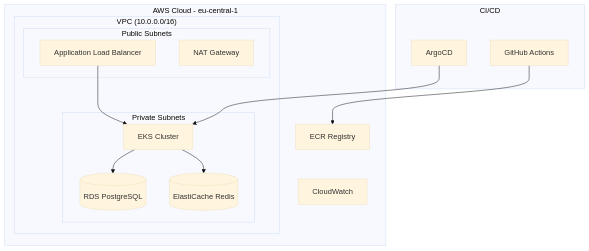
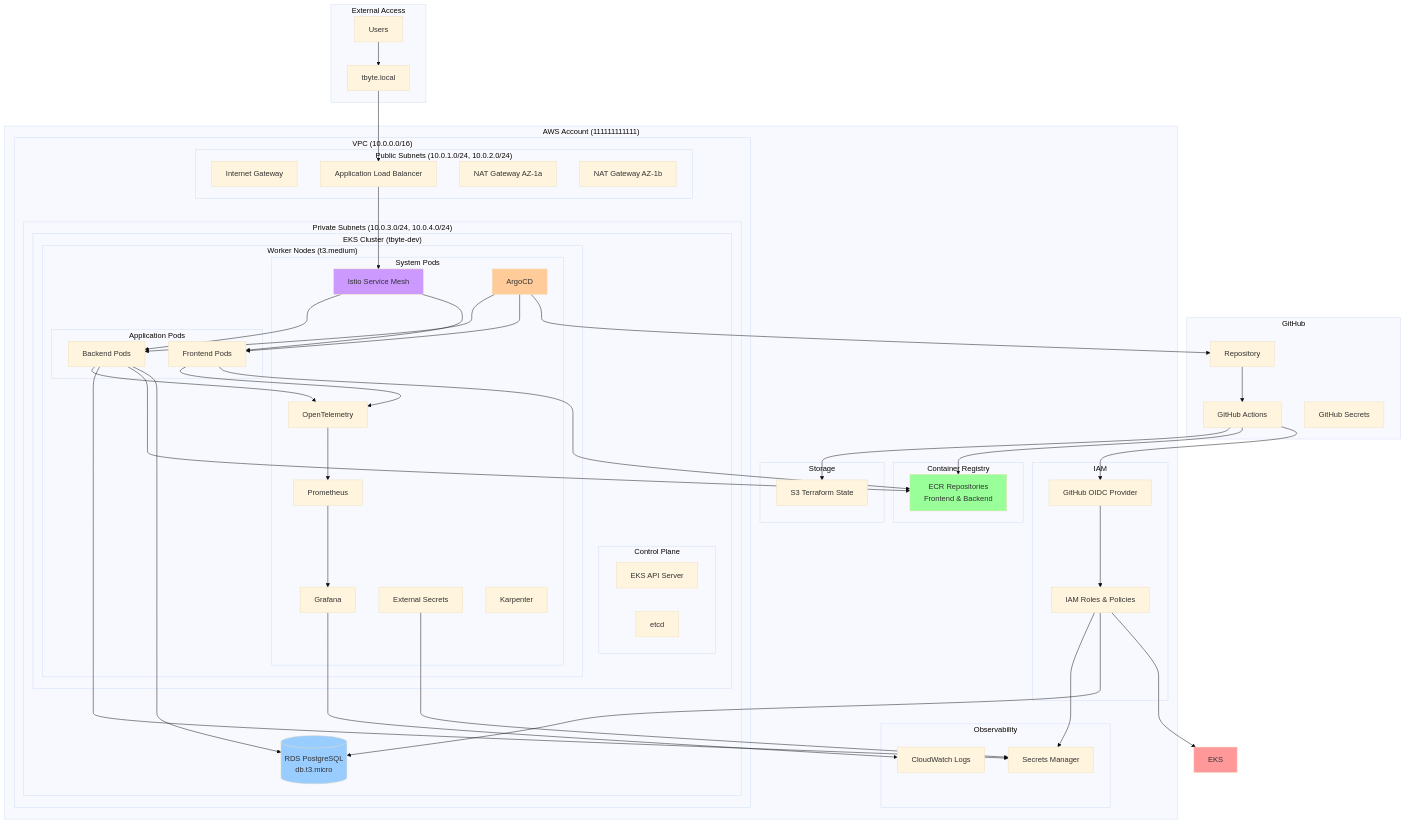
One commit to chiju/tbyte changed the diagram in README.md. Above: the diagram before and after it, drawn with Mermaid (base theme).

Commit message:
docs: Enhance architecture diagram with comprehensive component details

````diff
--- a/README.md
+++ b/README.md
@@ -226,29 +226,114 @@
 ```mermaid
 graph TB
-    subgraph "AWS Cloud - eu-central-1"
+    subgraph "GitHub"
+        REPO[Repository]
+        ACTIONS[GitHub Actions]
+        SECRETS[GitHub Secrets]
+    end
+    
+    subgraph "AWS Account (111111111111)"
+        subgraph "IAM"
+            OIDC[GitHub OIDC Provider]
+            ROLES[IAM Roles & Policies]
+        end
+        
         subgraph "VPC (10.0.0.0/16)"
-            subgraph "Public Subnets"
+            subgraph "Public Subnets (10.0.1.0/24, 10.0.2.0/24)"
+                IGW[Internet Gateway]
                 ALB[Application Load Balancer]
-                NAT[NAT Gateway]
+                NAT1[NAT Gateway AZ-1a]
+                NAT2[NAT Gateway AZ-1b]
             end
-            subgraph "Private Subnets"
-                EKS[EKS Cluster]
-                RDS[(RDS PostgreSQL)]
-                REDIS[(ElastiCache Redis)]
+            
+            subgraph "Private Subnets (10.0.3.0/24, 10.0.4.0/24)"
+                subgraph "EKS Cluster (tbyte-dev)"
+                    subgraph "Control Plane"
+                        API[EKS API Server]
+                        ETCD[etcd]
+                    end
+                    
+                    subgraph "Worker Nodes (t3.medium)"
+                        subgraph "System Pods"
+                            ISTIO[Istio Service Mesh]
+                            ARGOCD[ArgoCD]
+                            PROM[Prometheus]
+                            GRAF[Grafana]
+                            OTEL[OpenTelemetry]
+                            ESO[External Secrets]
+                            KARP[Karpenter]
+                        end
+                        
+                        subgraph "Application Pods"
+                            FE[Frontend Pods]
+                            BE[Backend Pods]
+                        end
+                    end
+                end
+                
+                RDS[(RDS PostgreSQL<br/>db.t3.micro)]
             end
         end
-        ECR[ECR Registry]
-        CW[CloudWatch]
+        
+        subgraph "Container Registry"
+            ECR[ECR Repositories<br/>Frontend & Backend]
+        end
+        
+        subgraph "Observability"
+            CW[CloudWatch Logs]
+            SM[Secrets Manager]
+        end
+        
+        subgraph "Storage"
+            S3[S3 Terraform State]
+        end
     end
     
-    subgraph "CI/CD"
-        GH[GitHub Actions]
-        ARGO[ArgoCD]
+    subgraph "External Access"
+        USER[Users]
+        DOMAIN[tbyte.local]
     end
     
-    GH --> ECR
-    ARGO --> EKS
-    ALB --> EKS
-    EKS --> RDS
-    EKS --> REDIS
+    %% CI/CD Flow
+    REPO --> ACTIONS
+    ACTIONS --> OIDC
+    OIDC --> ROLES
+    ACTIONS --> ECR
+    ACTIONS --> S3
+    
+    %% GitOps Flow
+    ARGOCD --> REPO
+    ARGOCD --> FE
+    ARGOCD --> BE
+    
+    %% Network Flow
+    USER --> DOMAIN
+    DOMAIN --> ALB
+    ALB --> ISTIO
+    ISTIO --> FE
+    ISTIO --> BE
+    BE --> RDS
+    
+    %% Infrastructure Dependencies
+    FE --> ECR
+    BE --> ECR
+    BE --> SM
+    ESO --> SM
+    GRAF --> CW
+    
+    %% Monitoring Flow
+    FE --> OTEL
+    BE --> OTEL
+    OTEL --> PROM
+    PROM --> GRAF
+    
+    %% Security
+    ROLES --> EKS
+    ROLES --> RDS
+    ROLES --> SM
+    
+    style EKS fill:#ff9999
+    style RDS fill:#99ccff
+    style ECR fill:#99ff99
+    style ARGOCD fill:#ffcc99
+    style ISTIO fill:#cc99ff
 ```
````
